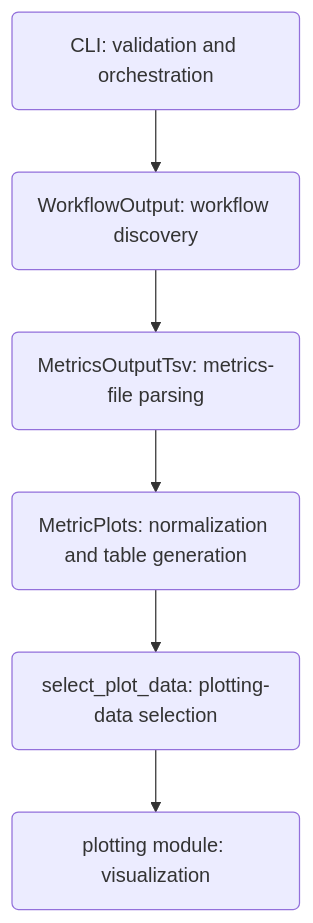
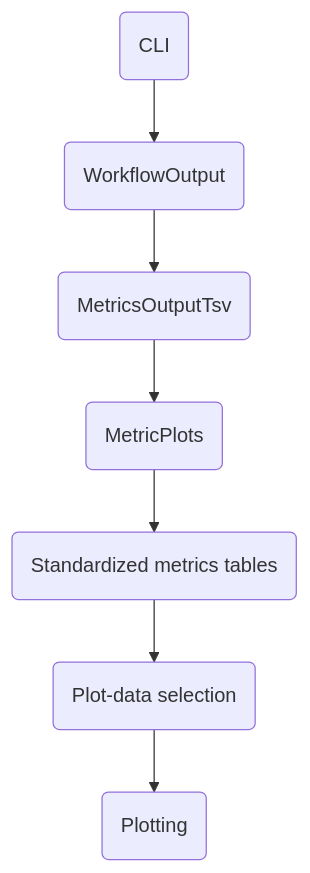
One commit to InPreD/tsoppy changed the diagram in docs/references/metric_plots_architecture.md. Above: the diagram before and after it, drawn with Mermaid. The commit also changed other lines of this file and 3 other files, not shown here.

````diff
--- a/docs/references/metric_plots_architecture.md
+++ b/docs/references/metric_plots_architecture.md
@@ -421,9 +13,10 @@
 ```mermaid
 %%{init: {'flowchart': {'defaultRenderer': 'diagre-wrapper'}} }%%
 flowchart TD
-    CLI(CLI: validation and orchestration) --> WorkflowOutput(WorkflowOutput: workflow discovery)
-    WorkflowOutput --> MetricsOutputTsv(MetricsOutputTsv: metrics-file parsing)
-    MetricsOutputTsv --> MetricPlots(MetricPlots: normalization and table generation)
-    MetricPlots --> SelectPlotData(select_plot_data: plotting-data selection)
-    SelectPlotData --> PlottingModule(plotting module: visualization)
+    CLI(CLI) --> WorkflowOutput(WorkflowOutput)
+    WorkflowOutput --> MetricsOutputTsv(MetricsOutputTsv)
+    MetricsOutputTsv --> MetricPlots(MetricPlots)
+    MetricPlots --> Tables(Standardized metrics tables)
+    Tables --> PlotSelection(Plot-data selection)
+    PlotSelection --> Plotting(Plotting)
 ```
````
